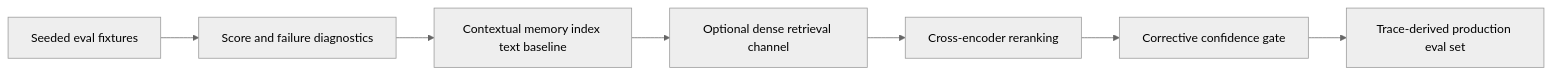
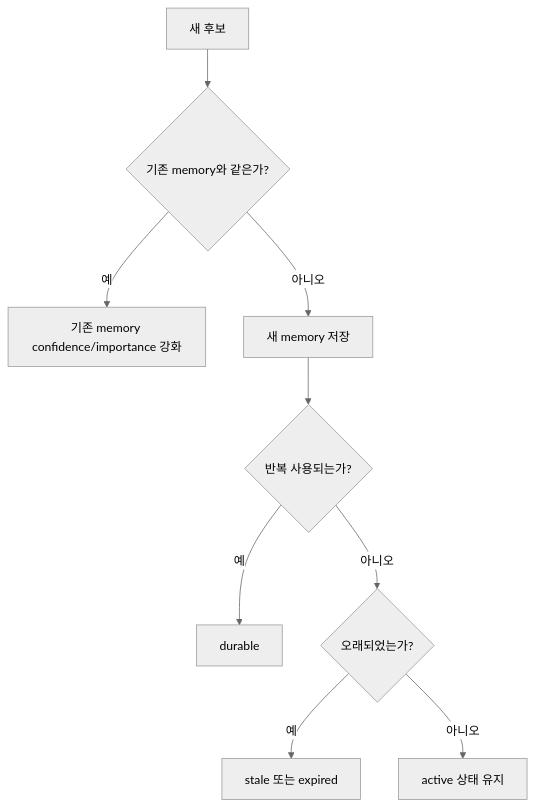
The eighth of 8 diagrams in README.md (lteawoo/MemAssist), drawn with Mermaid (neutral theme) before and after one commit. The commit also changed other lines of this file and 24 other files, not shown here.

````diff
--- a/README.md
+++ b/README.md
@@ -457,9 +358,11 @@
 ```mermaid
-flowchart LR
-    A[Seeded eval fixtures] --> B[Score and failure diagnostics]
-    B --> C[Contextual memory index text baseline]
-    C --> D[Optional dense retrieval channel]
-    D --> E[Cross-encoder reranking]
-    E --> F[Corrective confidence gate]
-    F --> G[Trace-derived production eval set]
+flowchart TD
+    A[새 후보] --> B{기존 memory와 같은가?}
+    B -->|예| C[기존 memory confidence/importance 강화]
+    B -->|아니오| D[새 memory 저장]
+    D --> E{반복 사용되는가?}
+    E -->|예| F[durable]
+    E -->|아니오| G{오래되었는가?}
+    G -->|예| H[stale 또는 expired]
+    G -->|아니오| I[active 상태 유지]
 ```
````
